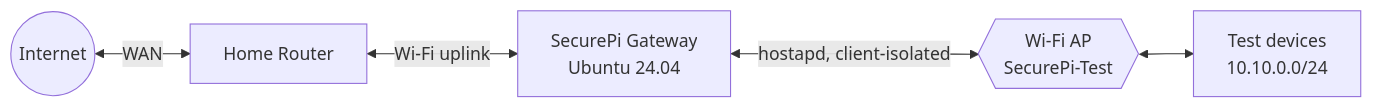
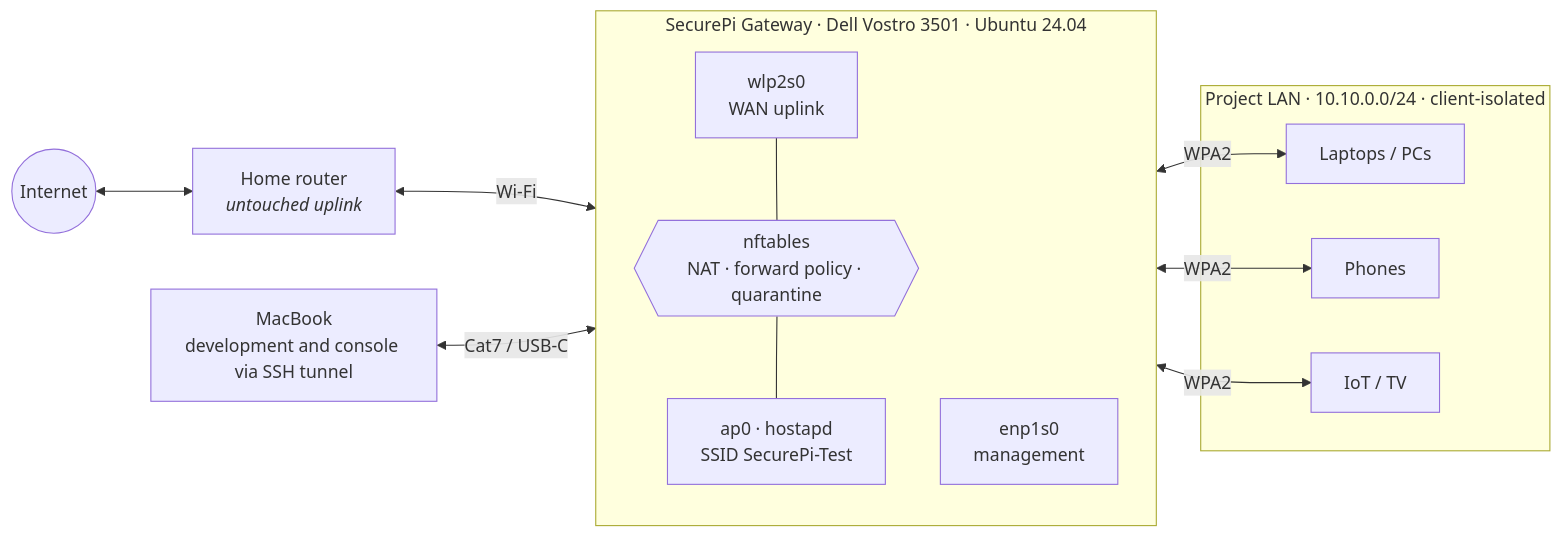
Before and after one commit to MaheshwariKushagra/securepi-gateway: the first of 7 diagrams in README.md, drawn with Mermaid. The commit also changed other lines of this file and 15 other files, not shown here.

````diff
--- a/README.md
+++ b/README.md
@@ -113,13 +152,26 @@
 ```mermaid
 flowchart LR
-    Internet((Internet))
-    Router[Home Router]
-    Gateway[SecurePi Gateway<br/>Ubuntu 24.04]
-    AP{{Wi-Fi AP<br/>SecurePi-Test}}
-    Devices[Test devices<br/>10.10.0.0/24]
+    Internet(("Internet"))
+    Router["Home router<br/><i>untouched uplink</i>"]
 
-    Internet <-->|WAN| Router
-    Router <-->|Wi-Fi uplink| Gateway
-    Gateway <-->|hostapd, client-isolated| AP
-    AP <--> Devices
+    subgraph GW["SecurePi Gateway · Dell Vostro 3501 · Ubuntu 24.04"]
+        direction TB
+        WAN["wlp2s0<br/>WAN uplink"]
+        FW{{"nftables<br/>NAT · forward policy · quarantine"}}
+        LAN["ap0 · hostapd<br/>SSID SecurePi-Test"]
+        MGMT["enp1s0<br/>management"]
+        WAN --- FW --- LAN
+    end
+
+    subgraph NET["Project LAN · 10.10.0.0/24 · client-isolated"]
+        D1["Laptops / PCs"]
+        D2["Phones"]
+        D3["IoT / TV"]
+    end
+
+    Mac["MacBook<br/>development and console via SSH tunnel"]
+
+    Internet <--> Router <-->|"Wi-Fi"| WAN
+    LAN <-->|"WPA2"| D1 & D2 & D3
+    Mac <-->|"Cat7 / USB-C"| MGMT
 ```
````
